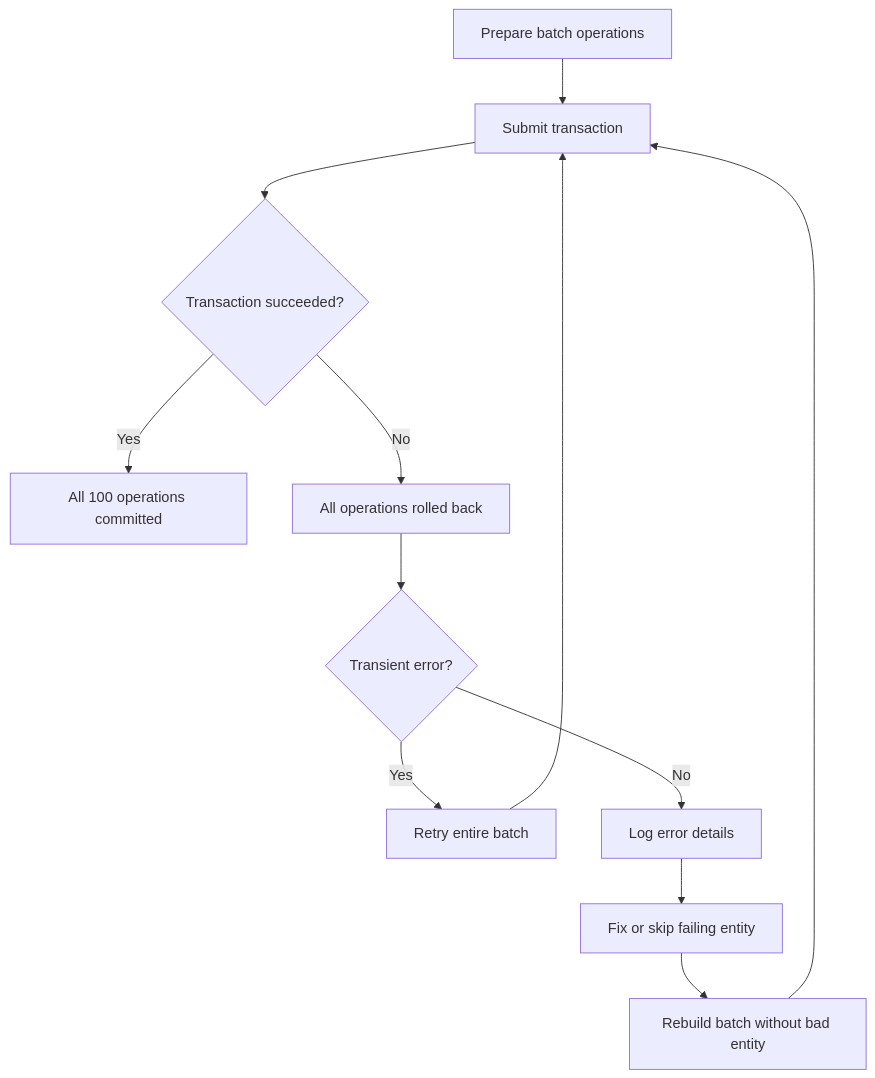
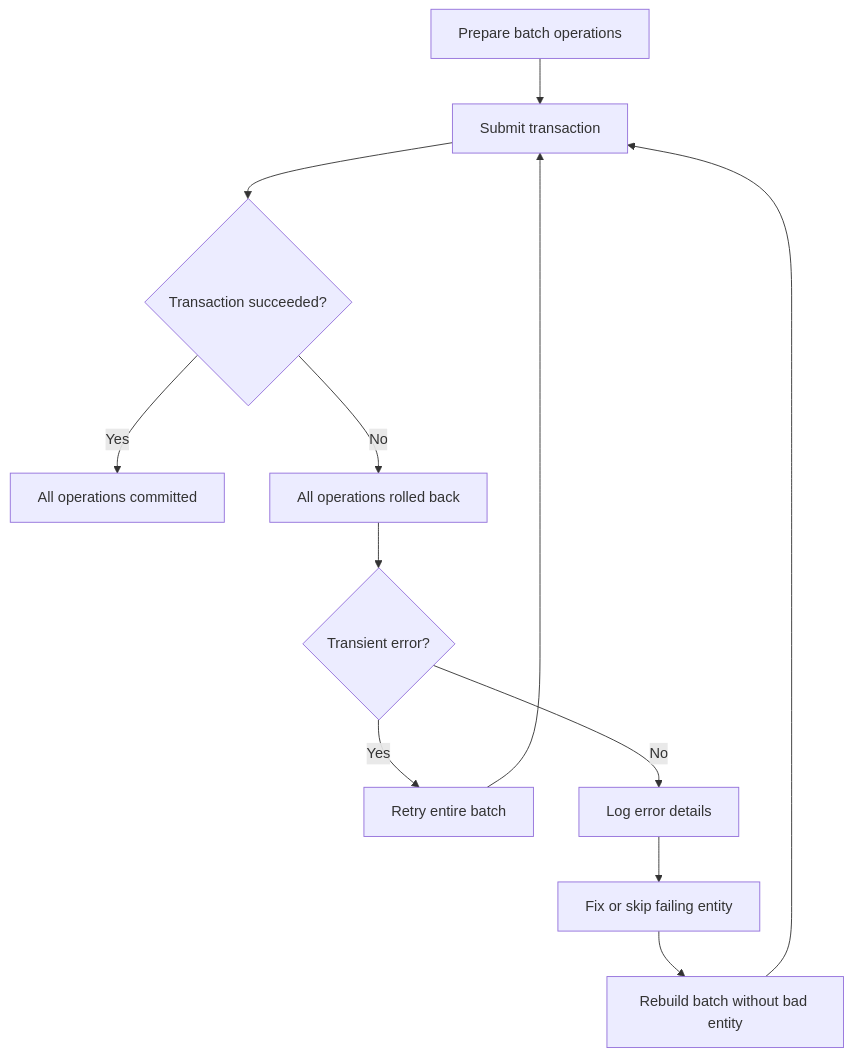
One commit to OneUptime/blog changed the diagram in posts/2026-02-16-how-to-perform-batch-operations-in-azure-table-storage/README.md. Above: the diagram before and after it, drawn with Mermaid. The commit also changed other lines of this file and 2 other files, not shown here.

Commit message:
validate: 2026-02-16-how-to-perform-batch-operations-in-azure-table-storage

````diff
--- a/posts/2026-02-16-how-to-perform-batch-operations-in-azure-table-storage/README.md
+++ b/posts/2026-02-16-how-to-perform-batch-operations-in-azure-table-storage/README.md
@@ -224,14 +225,14 @@
 ```mermaid
 flowchart TD
     A[Prepare batch operations] --> B[Submit transaction]
     B --> C{Transaction succeeded?}
-    C -->|Yes| D[All 100 operations committed]
+    C -->|Yes| D[All operations committed]
     C -->|No| E[All operations rolled back]
     E --> F{Transient error?}
     F -->|Yes| G[Retry entire batch]
     G --> B
     F -->|No| H[Log error details]
     H --> I[Fix or skip failing entity]
     I --> J[Rebuild batch without bad entity]
     J --> B
 ```
````
